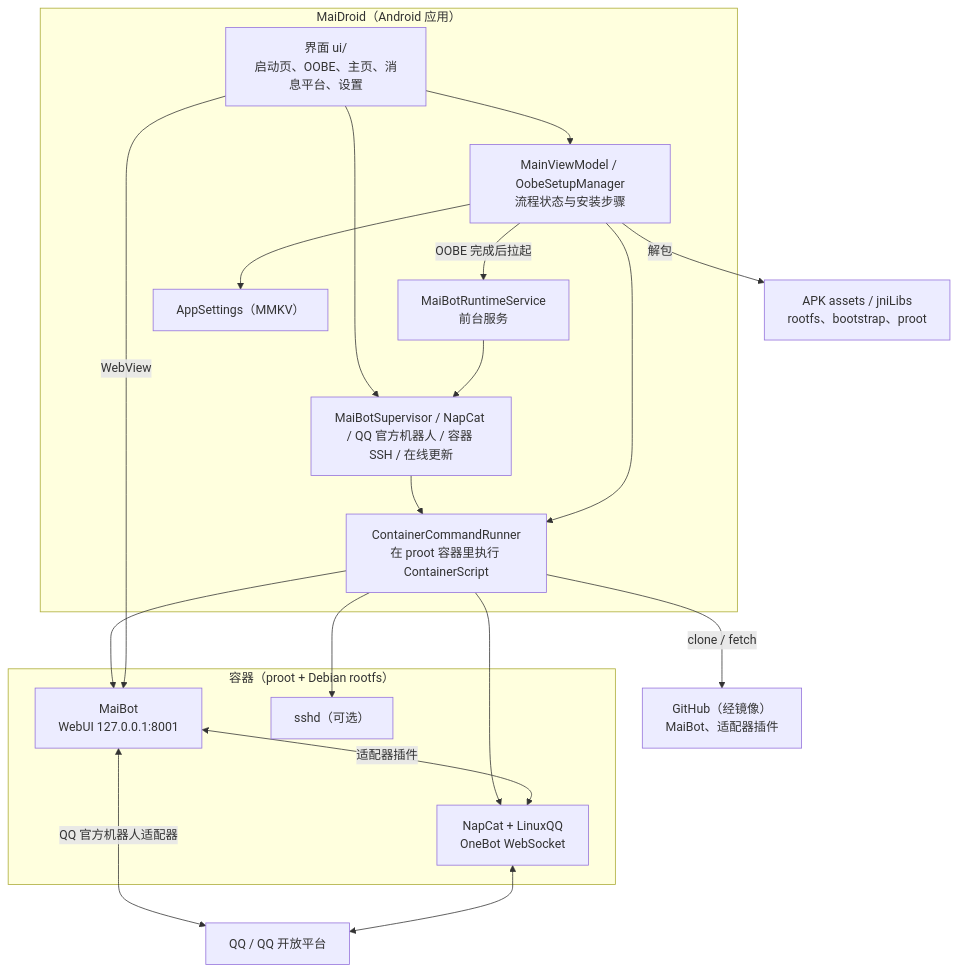
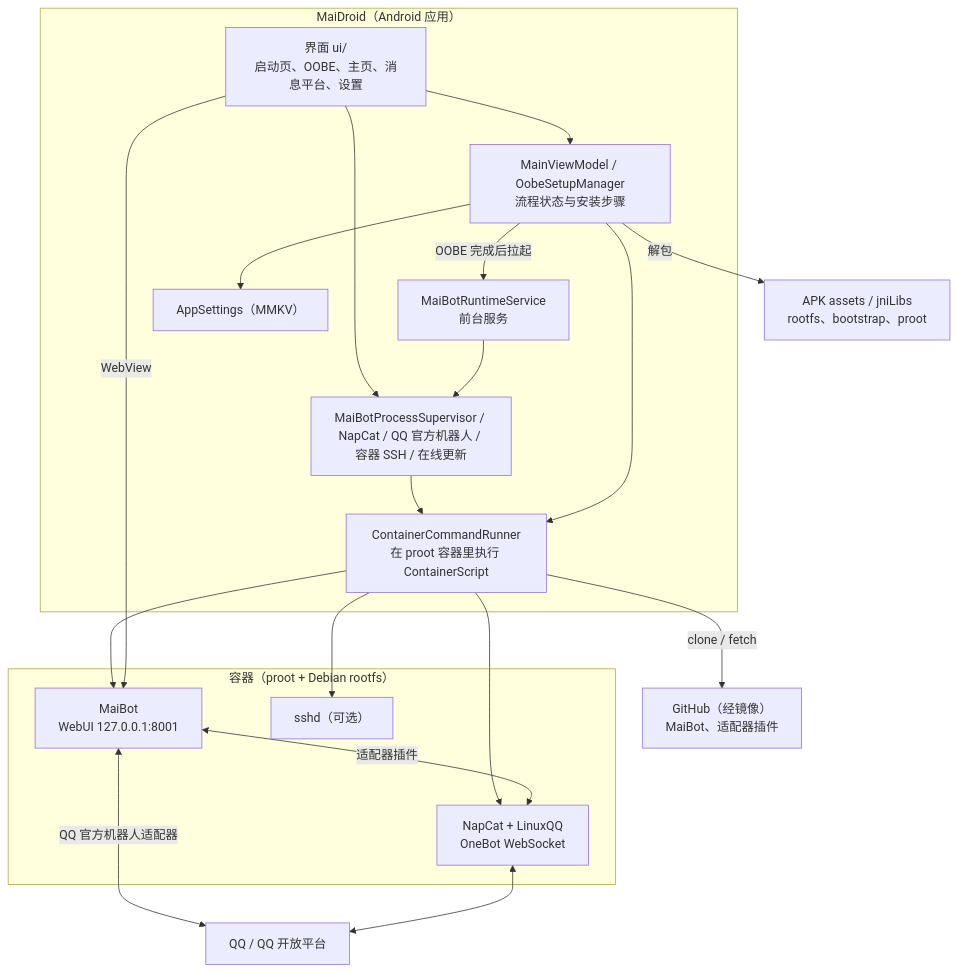
One commit to Mai-with-u/MaiDroid changed the diagram in README.md. Above: the diagram before and after it, drawn with Mermaid. The commit also changed other lines of this file and 25 other files, not shown here.

First line of the commit message:
refactor: AppContainer 改名 AppDependencies，MaiBot 进程监管与容器内路径改名

````diff
--- a/README.md
+++ b/README.md
@@ -34,38 +34,38 @@
 ```mermaid
 flowchart TB
     subgraph Android["MaiDroid（Android 应用）"]
         UI["界面 ui/\n启动页、OOBE、主页、消息平台、设置"]
         VM["MainViewModel / OobeSetupManager\n流程状态与安装步骤"]
         Service["MaiBotRuntimeService\n前台服务"]
-        Modules["MaiBotSupervisor / NapCat / QQ 官方机器人 / 容器 SSH / 在线更新"]
+        Modules["MaiBotProcessSupervisor / NapCat / QQ 官方机器人 / 容器 SSH / 在线更新"]
         Runner["ContainerCommandRunner\n在 proot 容器里执行 ContainerScript"]
         Settings["AppSettings（MMKV）"]
     end
 
     subgraph Container["容器（proot + Debian rootfs）"]
         MaiBot["MaiBot\nWebUI 127.0.0.1:8001"]
         NapCat["NapCat + LinuxQQ\nOneBot WebSocket"]
         SSHD["sshd（可选）"]
     end
 
     Assets["APK assets / jniLibs\nrootfs、bootstrap、proot"]
     GitHub["GitHub（经镜像）\nMaiBot、适配器插件"]
     QQ["QQ / QQ 开放平台"]
 
     UI --> VM
     VM -->|OOBE 完成后拉起| Service
     UI --> Modules
     Service --> Modules
     Modules --> Runner
     VM --> Runner
     Runner --> MaiBot
     Runner --> NapCat
     Runner --> SSHD
     VM -->|解包| Assets
     Runner -->|clone / fetch| GitHub
     MaiBot <-->|适配器插件| NapCat
     MaiBot <-->|QQ 官方机器人适配器| QQ
     NapCat <--> QQ
     UI -->|WebView| MaiBot
     VM --> Settings
 ```
````
